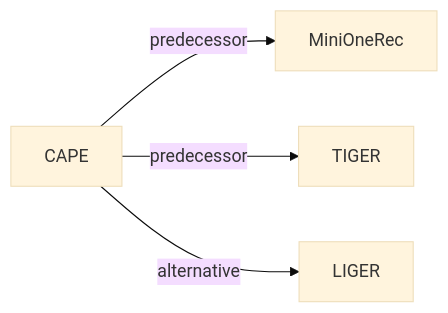
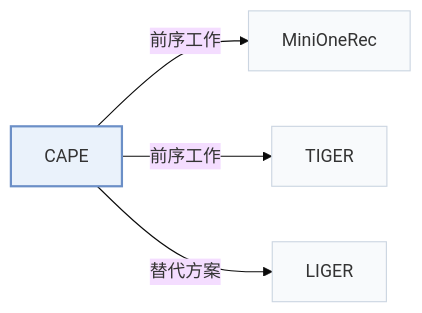
Before and after one commit to Galaxy-ghost/Awesome-SID-Generative-Rec: the second of 2 diagrams in pages/zh/papers/cape.md, drawn with Mermaid (base theme). The commit also changed other lines of this file and 649 other files, not shown here.

Commit message:
writer-05: also tags and modality index (schema, check, build, visuals); summary field removed; calibration data for 12 papers

````diff
--- a/pages/zh/papers/cape.md
+++ b/pages/zh/papers/cape.md
@@ -67,7 +74,11 @@
 ```mermaid
 flowchart LR
     P["CAPE"]
-    P -->|predecessor| A["MiniOneRec"]
-    P -->|predecessor| B["TIGER"]
-    P -->|alternative| C["LIGER"]
+    P -->|"前序工作"| A["MiniOneRec"]
+    P -->|"前序工作"| B["TIGER"]
+    P -->|"替代方案"| C["LIGER"]
+    classDef main fill:#eaf2fb,stroke:#6b8fc7,stroke-width:2px
+    classDef peer fill:#f8fafc,stroke:#cbd5e1
+    class P main
+    class A,B,C peer
 ```
````
